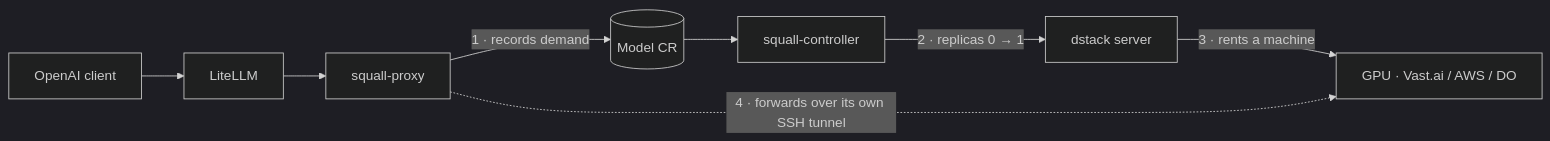
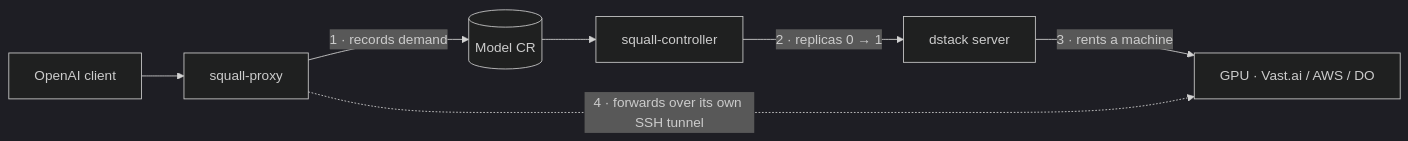
One commit to ackstorm/squall changed the diagram in README.md. Above: the diagram before and after it, drawn with Mermaid (dark theme). The commit also changed other lines of this file, not shown here.

First line of the commit message:
docs(readme): state the dstack passthrough, drop LiteLLM from positioning

````diff
--- a/README.md
+++ b/README.md
@@ -78,10 +86,9 @@
 ```mermaid
 flowchart LR
-    client["OpenAI client"] --> litellm["LiteLLM"]
-    litellm --> proxy["squall-proxy"]
+    client["OpenAI client"] --> proxy["squall-proxy"]
     proxy -- "1 · records demand" --> model[("Model CR")]
     model --> ctrl["squall-controller"]
     ctrl -- "2 · replicas 0 → 1" --> dstack["dstack server"]
     dstack -- "3 · rents a machine" --> gpu["GPU · Vast.ai / AWS / DO"]
     proxy -. "4 · forwards over its own SSH tunnel" .-> gpu
 ```
````
